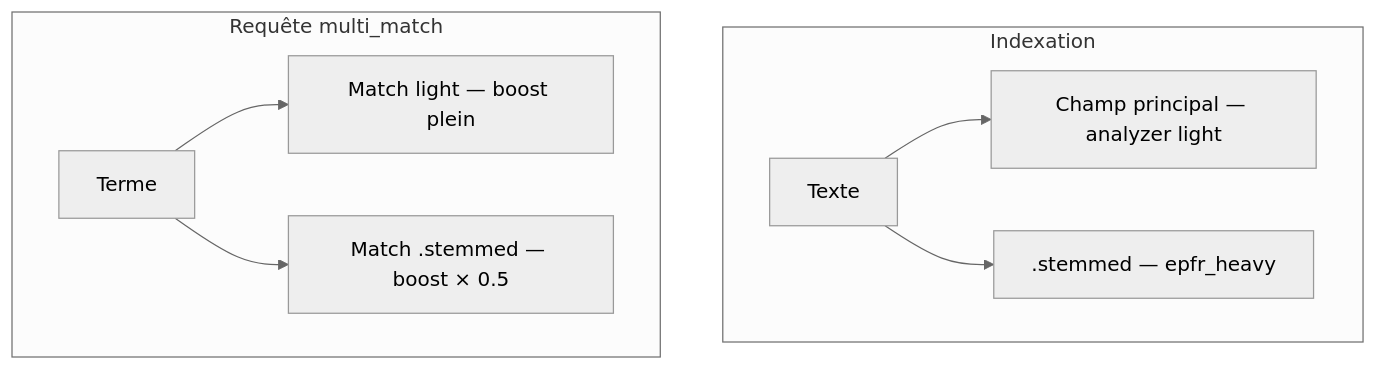
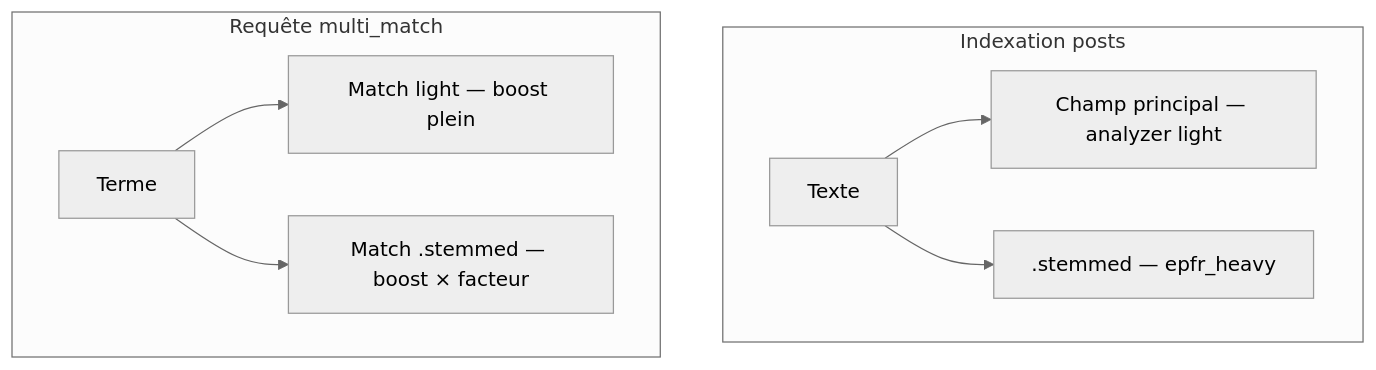
One commit to BeAPI/elasticpress-french-addon changed the second of 2 diagrams in docs/french-search-algorithm.md. Above: the diagram before and after it, drawn with Mermaid (neutral theme). The commit also changed other lines of this file and 17 other files, not shown here.

````diff
--- a/docs/french-search-algorithm.md
+++ b/docs/french-search-algorithm.md
@@ -129,11 +138,11 @@
 ```mermaid
 flowchart TB
-  subgraph index [Indexation]
+  subgraph index [Indexation posts]
     A[Texte] --> L[Champ principal — analyzer light]
     A --> H[.stemmed — epfr_heavy]
   end
   subgraph query [Requête multi_match]
     Q[Terme] --> ML[Match light — boost plein]
-    Q --> MH[Match .stemmed — boost × 0.5]
+    Q --> MH[Match .stemmed — boost × facteur]
   end
 ```
````
